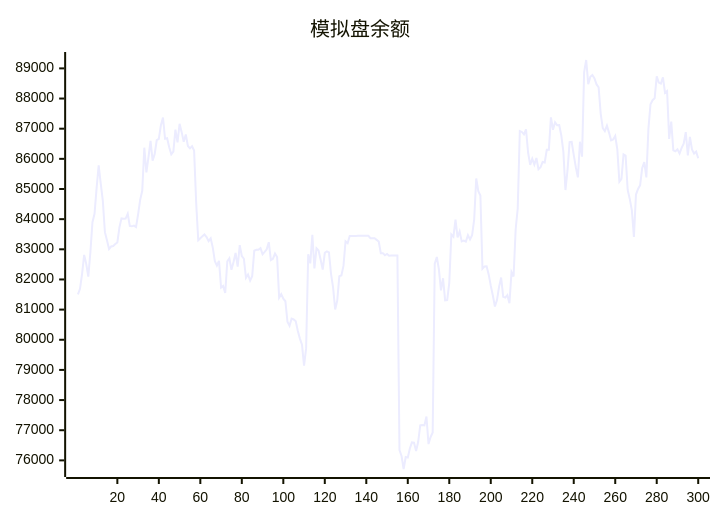
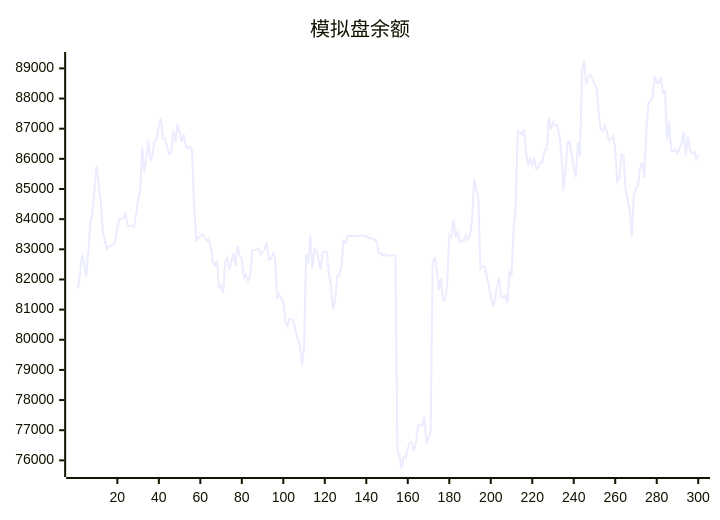
The diagram in README.md (aahl/ai-trading), drawn with Mermaid before and after one commit. The commit also changed other lines of this file and 1 other file, not shown here.

````diff
--- a/README.md
+++ b/README.md
@@ -5,5 +5,5 @@
 ```mermaid
 xychart
     title "模拟盘余额"
-    line [81503,81691,82188,82812,82517,82092,82901,83898,84180,85030,85781,85178,84604,83569,83298,83008,83093,83107,83175,83228,83729,84025,84017,84019,84177,83775,83762,83785,83738,84160,84639,84939,86370,85548,86046,86599,85942,86161,86622,86664,87115,87369,86666,86685,86384,86152,86243,86969,86548,87164,86885,86566,86809,86427,86348,86417,86273,84538,83299,83369,83430,83490,83404,83270,83362,83056,82605,82459,82614,81734,81788,81551,82598,82702,82320,82580,82878,82426,83139,82778,82686,82056,82166,81963,82110,82951,82983,82984,83038,82838,82915,82998,83235,82642,82682,82858,82746,81396,81512,81362,81277,80600,80461,80699,80673,80616,80288,80038,79836,79142,79722,82837,82533,83480,82366,83032,82960,82654,82330,82883,82934,82901,82188,81728,81005,81298,82110,82135,82449,83264,83203,83440,83439,83440,83440,83446,83447,83448,83447,83448,83449,83369,83369,83369,83313,83256,82872,82873,82801,82844,82785,82791,82791,82793,82794,76339,76145,75714,76110,76096,76397,76594,76585,76310,76607,77160,77170,77160,77456,76541,76774,76927,82520,82744,82337,81639,82040,81307,81314,81887,83490,83414,83984,83396,83594,83261,83287,83253,83470,83327,83465,83987,85348,84930,84786,82355,82433,82438,82167,81795,81466,81105,81315,81756,82064,81426,81398,81481,81210,82242,82099,83658,84359,86925,86892,86814,86980,86203,85802,86003,85811,86028,85657,85721,85896,85880,86300,86299,87378,86965,87214,87115,87118,86780,86238,84966,85623,86555,86562,86129,85722,85387,86569,86070,88870,89278,88477,88720,88781,88668,88467,88372,87493,87018,86917,87102,86870,86613,86644,86758,86317,85242,85334,86149,86106,84968,84671,84302,83410,84816,85001,85127,85693,85891,85384,87001,87811,87945,88007,88734,88528,88495,88705,88189,88248,86662,87234,86279,86251,86314,86177,86364,86503,86886,86114,86731,86310,86176,86240,86017]
+    line [81691,82188,82812,82517,82092,82901,83898,84180,85030,85781,85178,84604,83569,83298,83008,83093,83107,83175,83228,83729,84025,84017,84019,84177,83775,83762,83785,83738,84160,84639,84939,86370,85548,86046,86599,85942,86161,86622,86664,87115,87369,86666,86685,86384,86152,86243,86969,86548,87164,86885,86566,86809,86427,86348,86417,86273,84538,83299,83369,83430,83490,83404,83270,83362,83056,82605,82459,82614,81734,81788,81551,82598,82702,82320,82580,82878,82426,83139,82778,82686,82056,82166,81963,82110,82951,82983,82984,83038,82838,82915,82998,83235,82642,82682,82858,82746,81396,81512,81362,81277,80600,80461,80699,80673,80616,80288,80038,79836,79142,79722,82837,82533,83480,82366,83032,82960,82654,82330,82883,82934,82901,82188,81728,81005,81298,82110,82135,82449,83264,83203,83440,83439,83440,83440,83446,83447,83448,83447,83448,83449,83369,83369,83369,83313,83256,82872,82873,82801,82844,82785,82791,82791,82793,82794,76339,76145,75714,76110,76096,76397,76594,76585,76310,76607,77160,77170,77160,77456,76541,76774,76927,82520,82744,82337,81639,82040,81307,81314,81887,83490,83414,83984,83396,83594,83261,83287,83253,83470,83327,83465,83987,85348,84930,84786,82355,82433,82438,82167,81795,81466,81105,81315,81756,82064,81426,81398,81481,81210,82242,82099,83658,84359,86925,86892,86814,86980,86203,85802,86003,85811,86028,85657,85721,85896,85880,86300,86299,87378,86965,87214,87115,87118,86780,86238,84966,85623,86555,86562,86129,85722,85387,86569,86070,88870,89278,88477,88720,88781,88668,88467,88372,87493,87018,86917,87102,86870,86613,86644,86758,86317,85242,85334,86149,86106,84968,84671,84302,83410,84816,85001,85127,85693,85891,85384,87001,87811,87945,88007,88734,88528,88495,88705,88189,88248,86662,87234,86279,86251,86314,86177,86364,86503,86886,86114,86731,86310,86176,86240,86017,86136]
 ```
````
